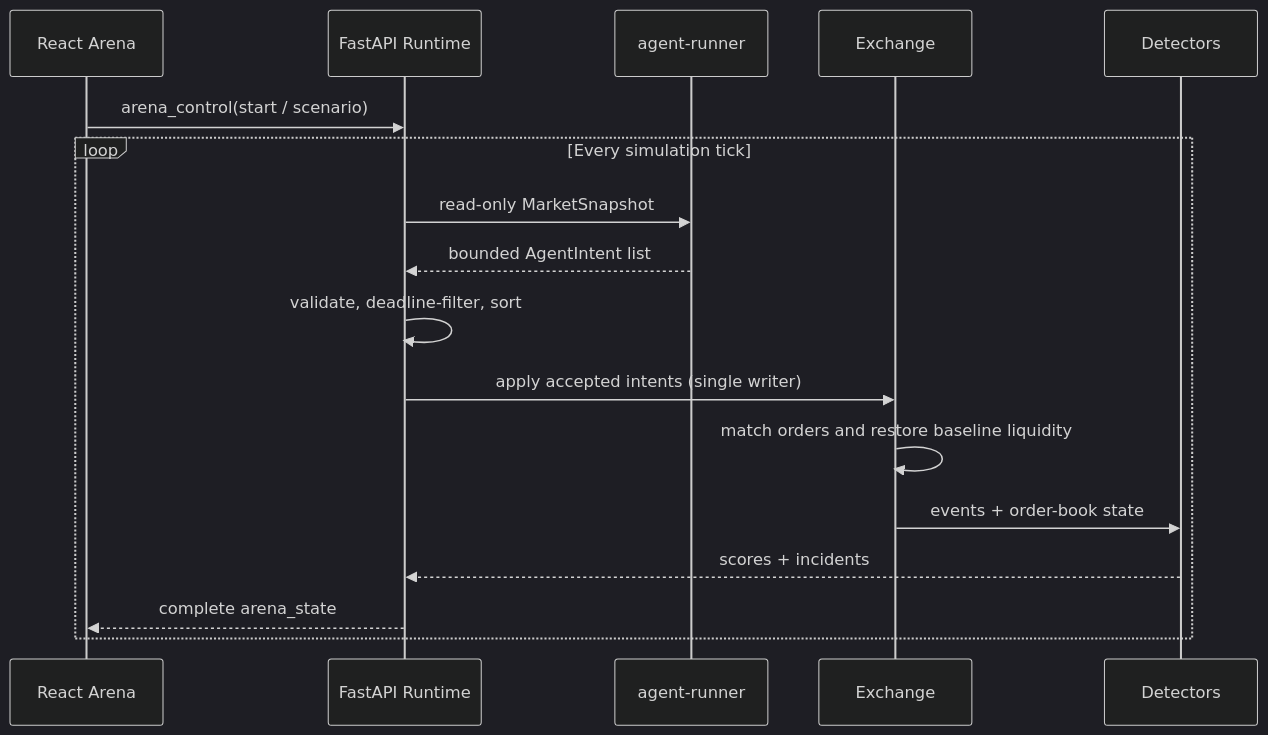
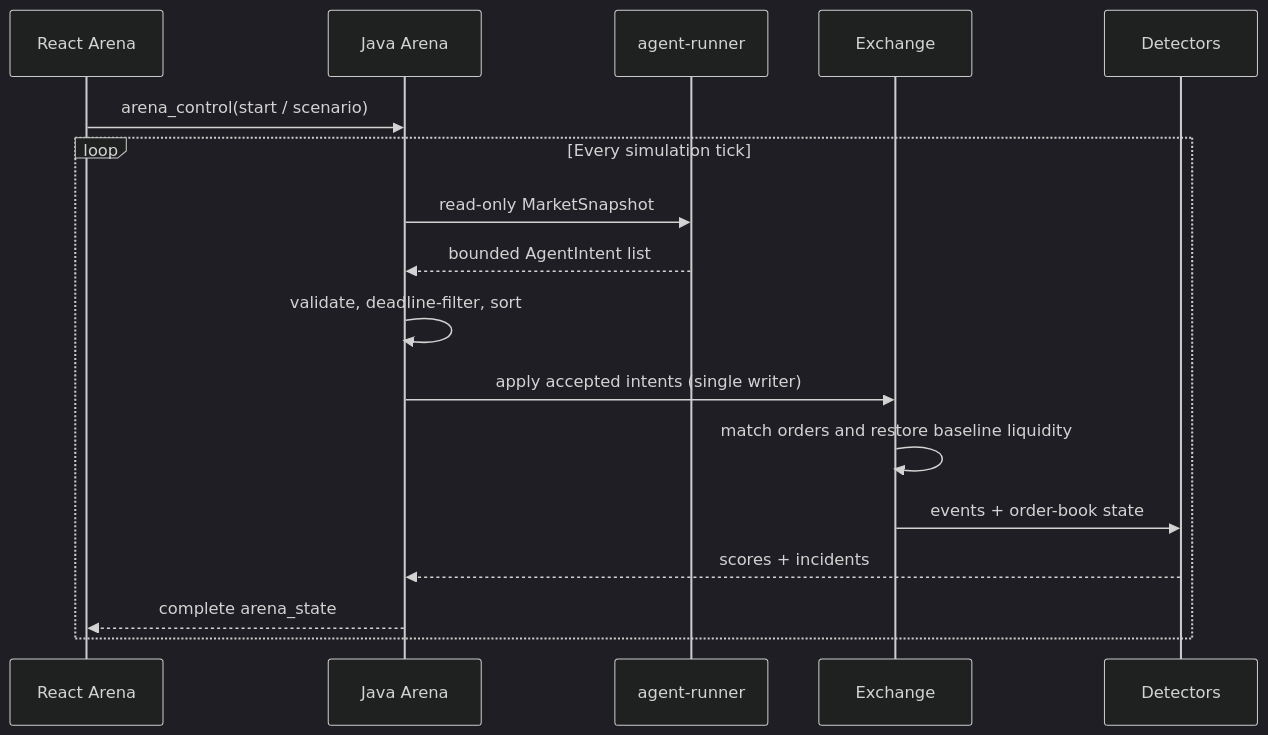
One commit to khab40/aimada changed the second of 4 diagrams in docs/architecture.md. Above: the diagram before and after it, drawn with Mermaid (dark theme). The commit also changed other lines of this file and 57 other files, not shown here.

Commit message:
feat: cut over live arena to Java

````diff
--- a/docs/architecture.md
+++ b/docs/architecture.md
@@ -94,19 +100,19 @@
 ```mermaid
 sequenceDiagram
     participant UI as React Arena
-    participant API as FastAPI Runtime
+    participant API as Java Arena
     participant AR as agent-runner
     participant EX as Exchange
     participant DT as Detectors
     UI->>API: arena_control(start / scenario)
     loop Every simulation tick
         API->>AR: read-only MarketSnapshot
         AR-->>API: bounded AgentIntent list
         API->>API: validate, deadline-filter, sort
         API->>EX: apply accepted intents (single writer)
         EX->>EX: match orders and restore baseline liquidity
         EX->>DT: events + order-book state
         DT-->>API: scores + incidents
         API-->>UI: complete arena_state
     end
 ```
````
